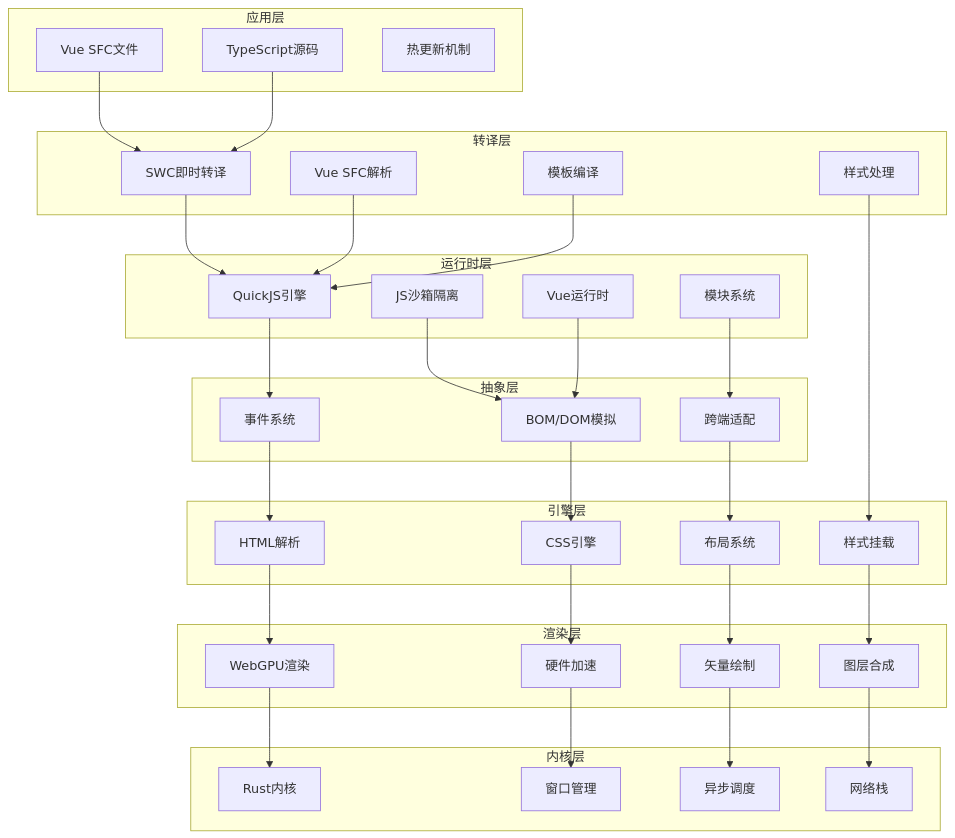
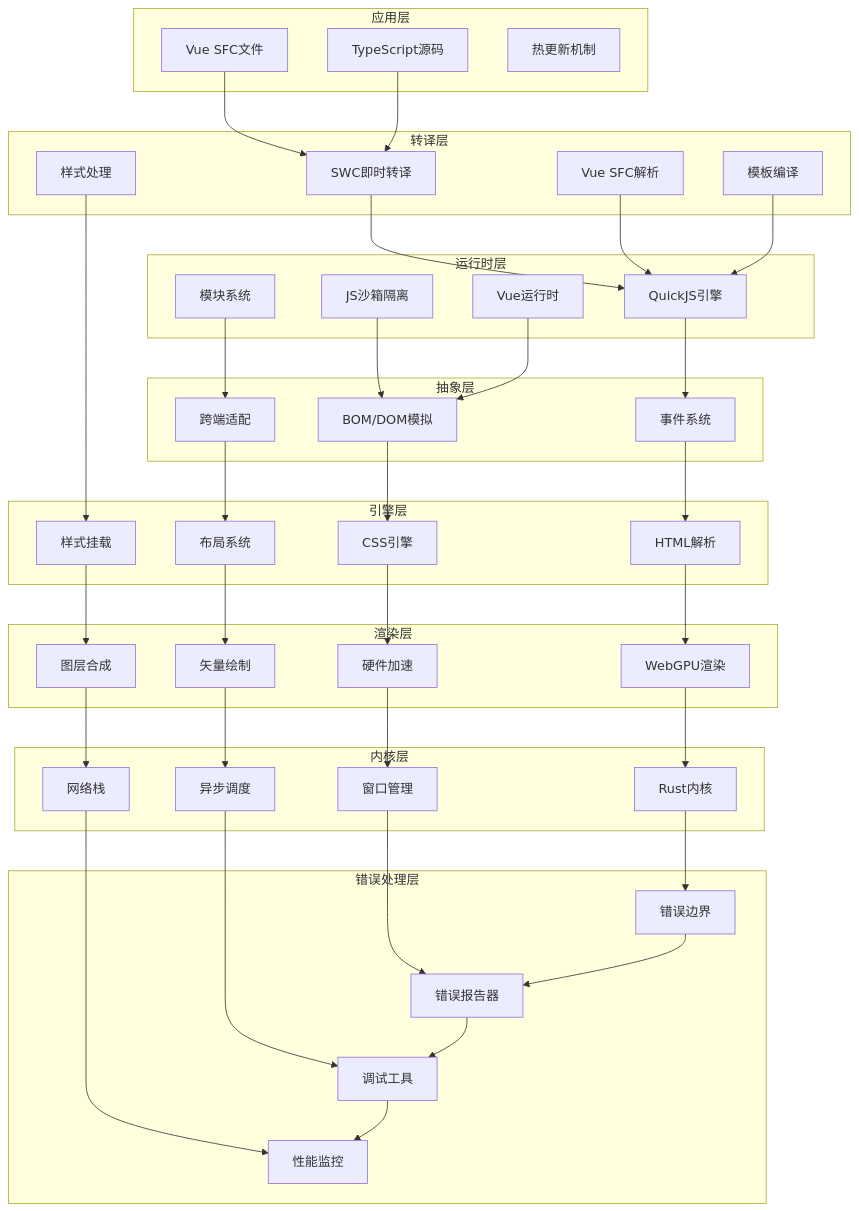
The second of 8 diagrams in .qoder/repowiki/zh/content/项目概述/技术架构总览/技术架构总览.md (itszzl-sudo/iris), drawn with Mermaid before and after one commit. The commit also changed other lines of this file and 6 other files, not shown here.

````diff
--- a/.qoder/repowiki/zh/content/项目概述/技术架构总览/技术架构总览.md
+++ b/.qoder/repowiki/zh/content/项目概述/技术架构总览/技术架构总览.md
@@ -124,64 +155,77 @@
 ```mermaid
 flowchart TD
 subgraph "应用层"
 A1[Vue SFC文件]
 A2[TypeScript源码]
 A3[热更新机制]
 end
 subgraph "转译层"
 B1[SWC即时转译]
 B2[Vue SFC解析]
 B3[模板编译]
 B4[样式处理]
 end
 subgraph "运行时层"
 C1[QuickJS引擎]
 C2[JS沙箱隔离]
 C3[Vue运行时]
 C4[模块系统]
 end
 subgraph "抽象层"
 D1[事件系统]
 D2[BOM/DOM模拟]
 D3[跨端适配]
 end
 subgraph "引擎层"
 E1[HTML解析]
 E2[CSS引擎]
 E3[布局系统]
 E4[样式挂载]
 end
 subgraph "渲染层"
 F1[WebGPU渲染]
 F2[硬件加速]
 F3[矢量绘制]
 F4[图层合成]
 end
 subgraph "内核层"
 G1[Rust内核]
 G2[窗口管理]
 G3[异步调度]
 G4[网络栈]
 end
+subgraph "错误处理层"
+H1[错误边界]
+H2[错误报告器]
+H3[调试工具]
+H4[性能监控]
+end
 A1 --> B1
 A2 --> B1
 B1 --> C1
 B2 --> C1
 B3 --> C1
 B4 --> E4
 C1 --> D1
 C2 --> D2
 C3 --> D2
 C4 --> D3
 D1 --> E1
 D2 --> E2
 D3 --> E3
 E1 --> F1
 E2 --> F2
 E3 --> F3
 E4 --> F4
 F1 --> G1
 F2 --> G2
 F3 --> G3
 F4 --> G4
+G1 --> H1
+G2 --> H2
+G3 --> H3
+G4 --> H4
+H1 --> H2
+H2 --> H3
+H3 --> H4
 ```
````
